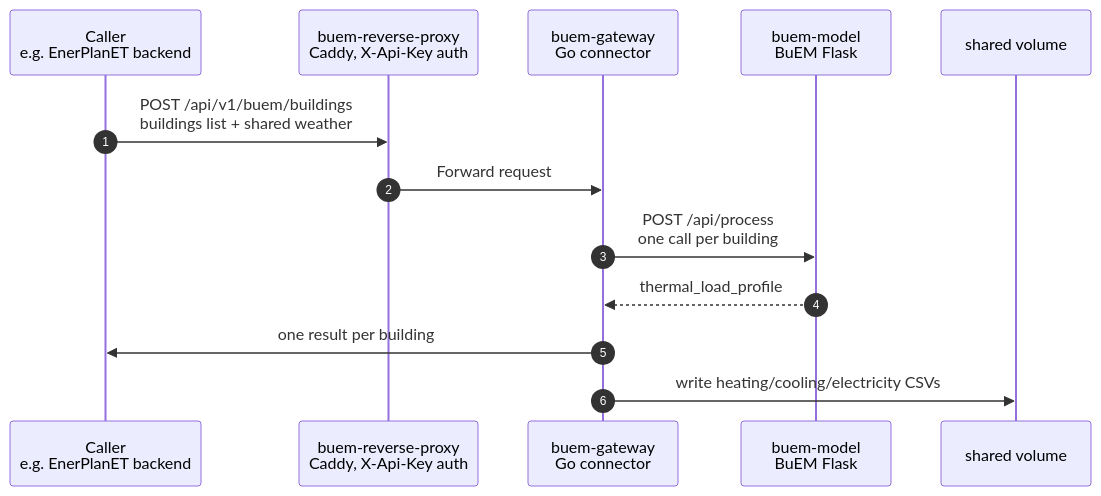
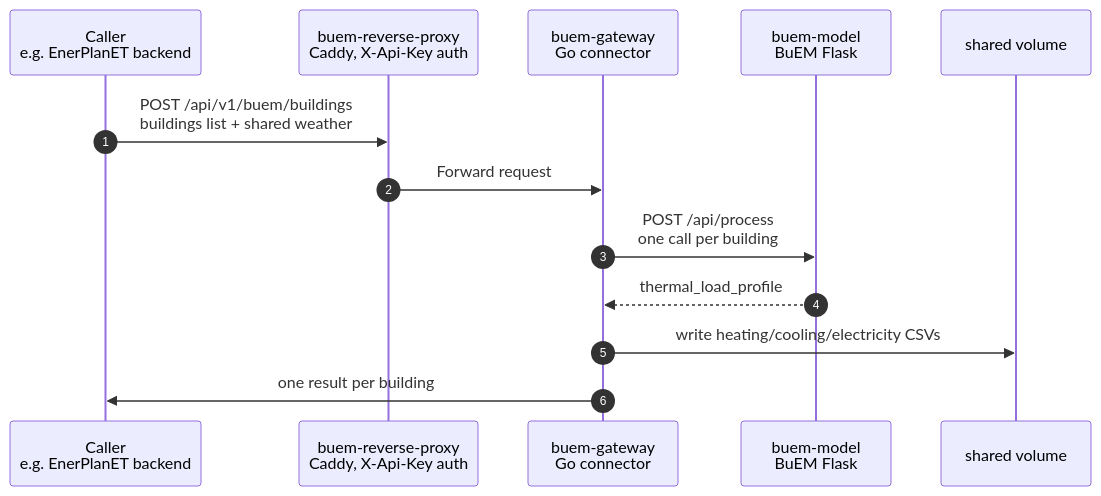
One commit to enerplanet/buem-gateway changed the diagram in README.md. Above: the diagram before and after it, drawn with Mermaid. The commit also changed other lines of this file and 1 other file, not shown here.

First line of the commit message:
docs: rewrite README, fix sequence diagram CSV-write order

````diff
--- a/README.md
+++ b/README.md
@@ -26,16 +26,16 @@
 ```mermaid
 sequenceDiagram
     autonumber
     participant Caller as Caller<br/>e.g. EnerPlanET backend
     participant Proxy as buem-reverse-proxy<br/>Caddy, X-Api-Key auth
     participant App as buem-gateway<br/>Go connector
     participant Model as buem-model<br/>BuEM Flask
     participant Vol as shared volume
 
     Caller->>Proxy: POST /api/v1/buem/buildings<br/>buildings list + shared weather
     Proxy->>App: Forward request
     App->>Model: POST /api/process<br/>one call per building
     Model-->>App: thermal_load_profile
+    App->>Vol: write heating/cooling/electricity CSVs
     App->>Caller: one result per building
-    App->>Vol: write heating/cooling/electricity CSVs
 ```
````
